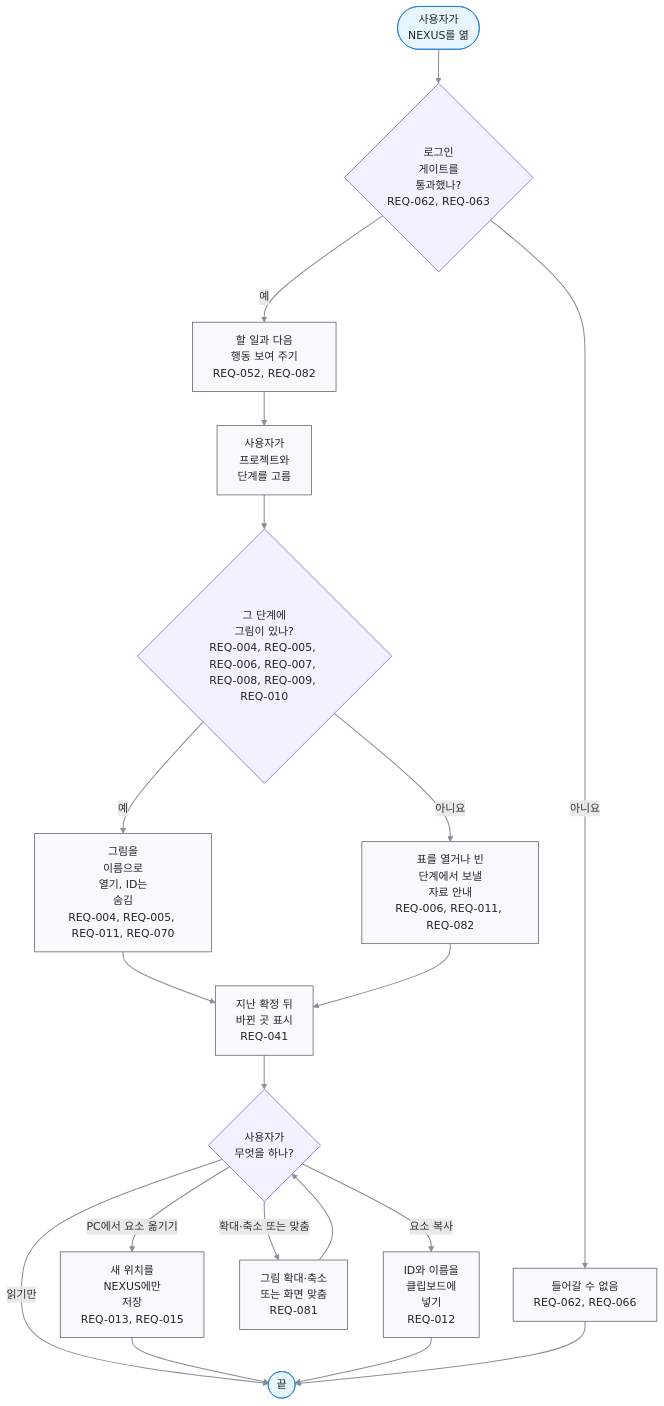
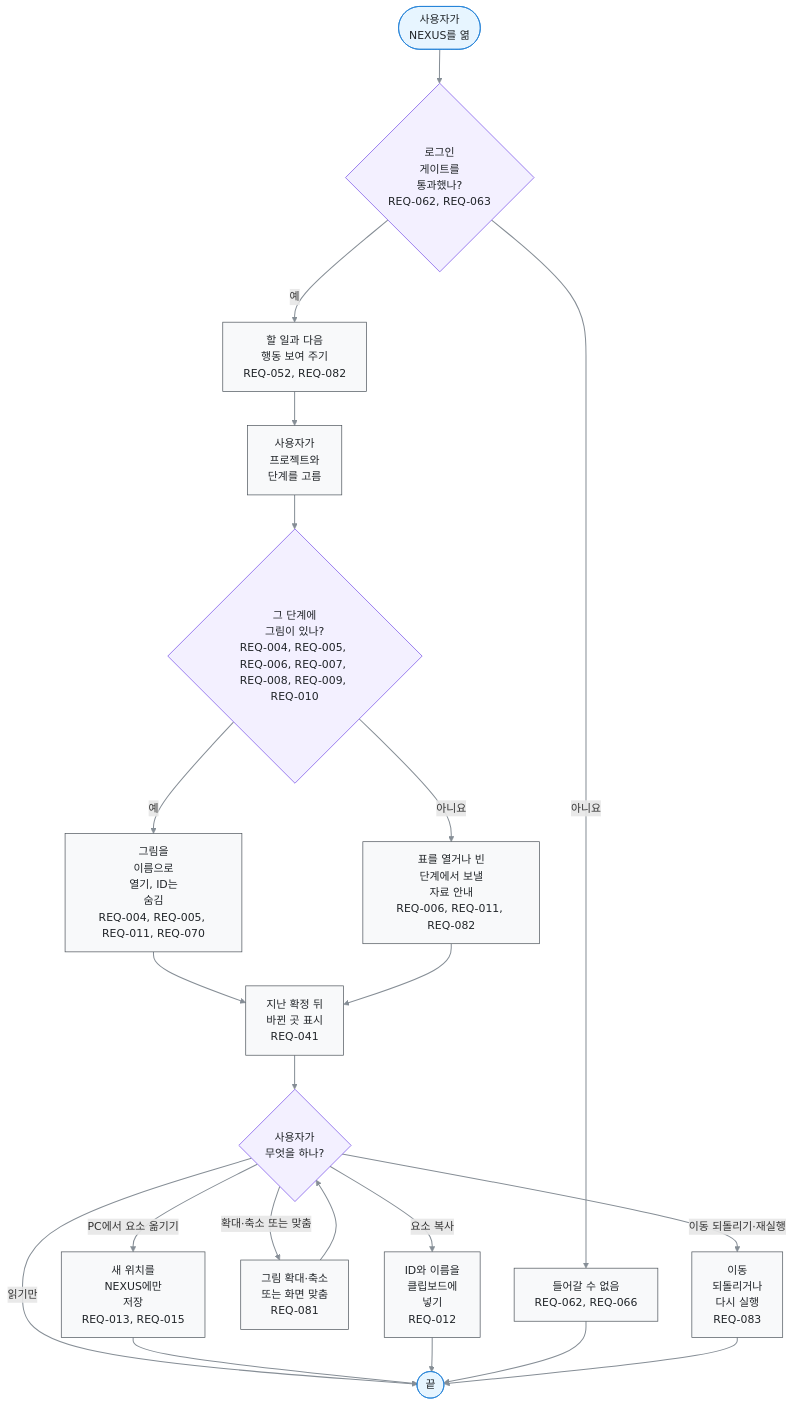
The diagram in docs/03-user-flow/FL-002-read-a-stage-from-the-to-do.ko.md (kodonghui/corthex-nexus), drawn with Mermaid before and after one commit. The commit also changed other lines of this file and 34 other files, not shown here.

First line of the commit message:
Undo diagram moves without overwriting other tabs (#174)

````diff
--- a/docs/03-user-flow/FL-002-read-a-stage-from-the-to-do.ko.md
+++ b/docs/03-user-flow/FL-002-read-a-stage-from-the-to-do.ko.md
@@ -11,45 +11,48 @@
 ```mermaid
 flowchart TD
   A(["사용자가<br/>NEXUS를 엶"])
   B{"로그인<br/>게이트를<br/>통과했나?<br/>REQ-062, REQ-063"}
   C["할 일과 다음<br/>행동 보여 주기<br/>REQ-052, REQ-082"]
   D["사용자가<br/>프로젝트와<br/>단계를 고름"]
   E{"그 단계에<br/>그림이 있나?<br/>REQ-004, REQ-005, REQ-006, REQ-007, REQ-008, REQ-009, REQ-010"}
   F["그림을<br/>이름으로<br/>열기, ID는<br/>숨김<br/>REQ-004, REQ-005, REQ-011, REQ-070"]
   G["표를 열거나 빈<br/>단계에서 보낼<br/>자료 안내<br/>REQ-006, REQ-011, REQ-082"]
   H["지난 확정 뒤<br/>바뀐 곳 표시<br/>REQ-041"]
   I{"사용자가<br/>무엇을 하나?"}
   J["새 위치를<br/>NEXUS에만<br/>저장<br/>REQ-013, REQ-015"]
   K["ID와 이름을<br/>클립보드에<br/>넣기<br/>REQ-012"]
   L["그림 확대·축소<br/>또는 화면 맞춤<br/>REQ-081"]
+  N["이동<br/>되돌리거나<br/>다시 실행<br/>REQ-083"]
   R1["들어갈 수 없음<br/>REQ-062, REQ-066"]
   Z(["끝"])
   A e1@--> B
   B e2@-->|아니요| R1
   B e3@-->|예| C
   C e4@--> D
   D e5@--> E
   E e6@-->|예| F
   E e7@-->|아니요| G
   F e8@--> H
   G e9@--> H
   H e10@--> I
   I e11@-->|PC에서 요소 옮기기| J
   I e12@-->|요소 복사| K
   I e13@-->|읽기만| Z
   J e14@--> Z
   K e15@--> Z
   R1 e16@--> Z
   I e17@-->|확대·축소 또는 맞춤| L
   L e18@--> I
+  I e19@-->|이동 되돌리기·재실행| N
+  N e20@--> Z
   %% legend: below
   classDef term fill:#e7f5ff,stroke:#1c7ed6,color:#212529
   classDef proc fill:#f8f9fa,stroke:#495057,color:#212529
   classDef decide fill:#f3f0ff,stroke:#7048e8,color:#212529
   classDef gap fill:#f1f3f5,stroke:#adb5bd,stroke-dasharray:2 3,color:#495057
   classDef pass stroke:#868e96,stroke-width:1.5px
   class A,Z term
-  class C,D,F,G,H,J,K,L,R1 proc
+  class C,D,F,G,H,J,K,L,N,R1 proc
   class B,E,I decide
-  class e1,e2,e3,e4,e5,e6,e7,e8,e9,e10,e11,e12,e13,e14,e15,e16,e17,e18 pass
+  class e1,e2,e3,e4,e5,e6,e7,e8,e9,e10,e11,e12,e13,e14,e15,e16,e17,e18,e19,e20 pass
 ```
````
